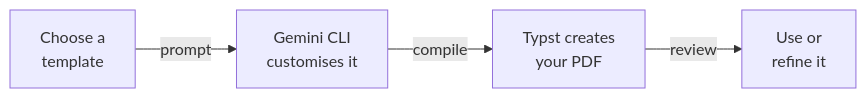
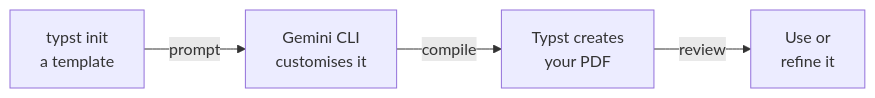
The diagram in tutorial/professional-pdf/explore-templates.mdx (ChanMeng666/her-waka), drawn with Mermaid before and after one commit. The commit also changed other lines of this file and 3 other files, not shown here.

````diff
--- a/tutorial/professional-pdf/explore-templates.mdx
+++ b/tutorial/professional-pdf/explore-templates.mdx
@@ -8,6 +8,6 @@
 ```mermaid
 flowchart LR
-    A["Choose a\ntemplate"] -->|"prompt"| B["Gemini CLI\ncustomises it"]
+    A["typst init\na template"] -->|"prompt"| B["Gemini CLI\ncustomises it"]
     B -->|"compile"| C["Typst creates\nyour PDF"]
     C -->|"review"| D["Use or\nrefine it"]
 ```
````
